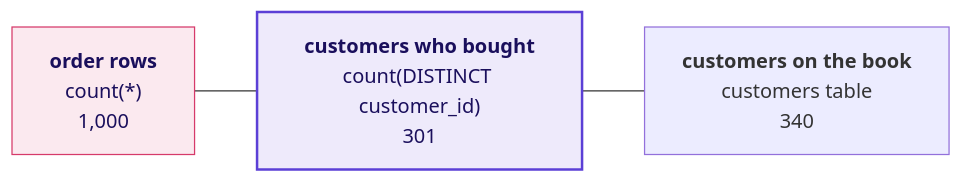
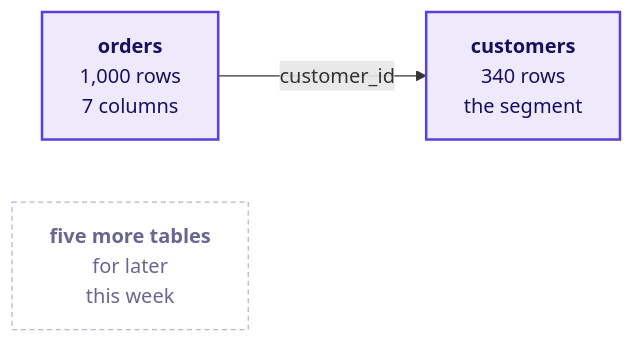
One commit to fde-academy-lab/c2-content-factory changed the fifth of 22 diagrams in content/W02/D1/slides/C2_W02_D01_half1_STUDENT.md. Above: the diagram before and after it, drawn with Mermaid. The commit also changed other lines of this file and 3 other files, not shown here.

````diff
--- a/content/W02/D1/slides/C2_W02_D01_half1_STUDENT.md
+++ b/content/W02/D1/slides/C2_W02_D01_half1_STUDENT.md
@@ -365,8 +314,9 @@
 ```mermaid
 flowchart LR
-    R["<b>order rows</b><br/>count(*)<br/>1,000"] --- B["<b>customers who bought</b><br/>count(DISTINCT customer_id)<br/>301"] --- K["<b>customers on the book</b><br/>customers table<br/>340"]
-    classDef bad fill:#FBE9EF,stroke:#D63A6A,color:#1A0F5C
+    ORD["<b>orders</b><br/>1,000 rows<br/>7 columns"] -->|"customer_id"| CUS["<b>customers</b><br/>340 rows<br/>the segment"]
+    OTH["<b>five more tables</b><br/>for later<br/>this week"]
     classDef known fill:#EEEAFB,stroke:#5B3FD6,color:#1A0F5C,stroke-width:2px
-    class R bad
-    class B known
+    classDef unknown fill:#FFFFFF,stroke:#B8B2D6,color:#6B6690,stroke-dasharray:4 3
+    class ORD,CUS known
+    class OTH unknown
 ```
````
